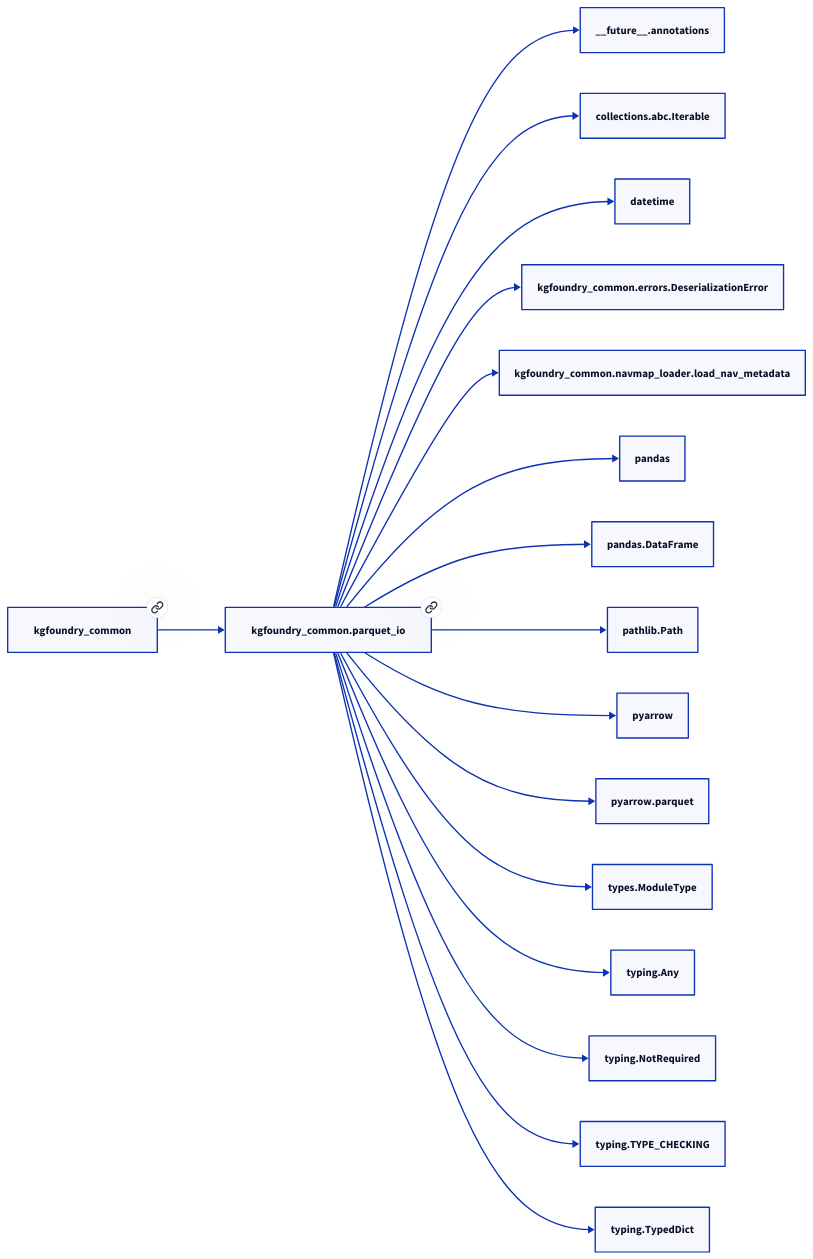
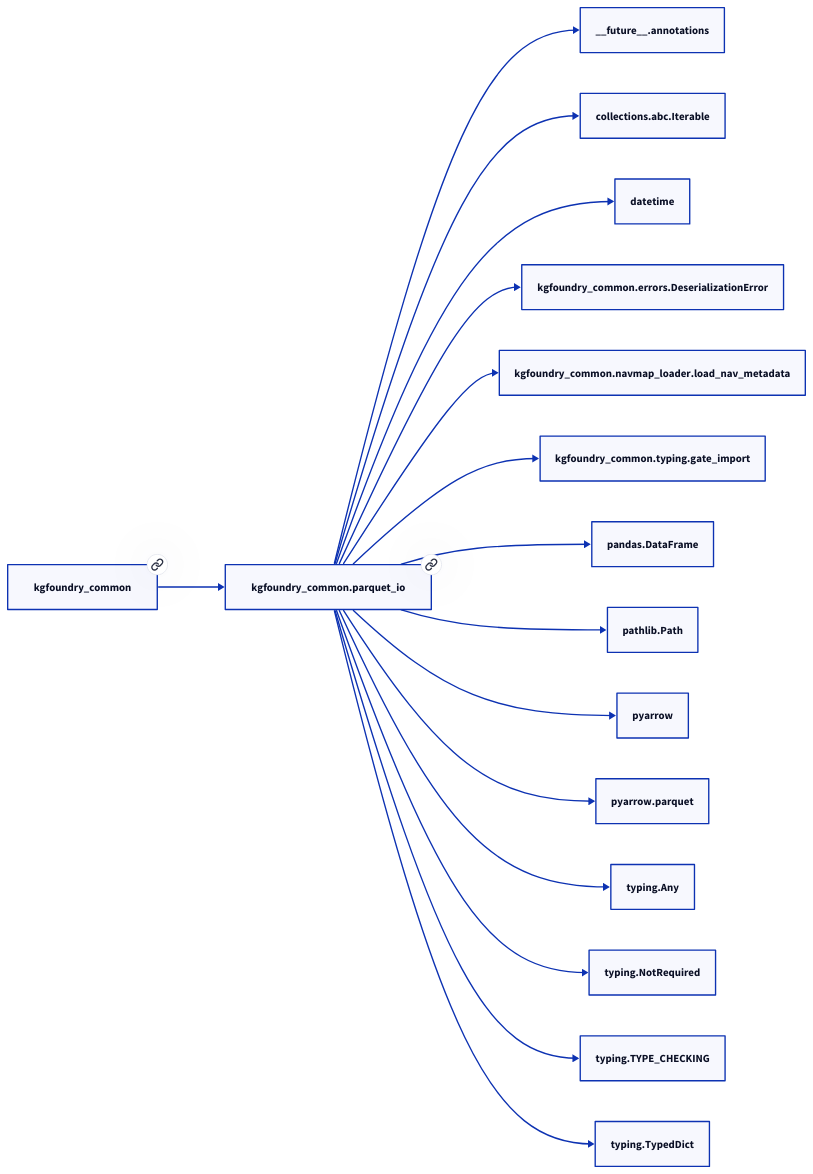
One commit to paul-heyse/kgforge changed the second of 2 diagrams in docs/modules/kgfoundry_common/parquet_io.md. Above: the diagram before and after it, drawn with D2. The commit also changed other lines of this file and 107 other files, not shown here.

````diff
--- a/docs/modules/kgfoundry_common/parquet_io.md
+++ b/docs/modules/kgfoundry_common/parquet_io.md
@@ -77,36 +77,34 @@
 ```d2
 direction: right
 "kgfoundry_common.parquet_io": "kgfoundry_common.parquet_io" { link: "https://github.com/paul-heyse/kgfoundry/blob/main/src/kgfoundry_common/parquet_io.py" }
 "__future__.annotations": "__future__.annotations"
 "kgfoundry_common.parquet_io" -> "__future__.annotations"
 "collections.abc.Iterable": "collections.abc.Iterable"
 "kgfoundry_common.parquet_io" -> "collections.abc.Iterable"
 "datetime": "datetime"
 "kgfoundry_common.parquet_io" -> "datetime"
 "kgfoundry_common.errors.DeserializationError": "kgfoundry_common.errors.DeserializationError"
 "kgfoundry_common.parquet_io" -> "kgfoundry_common.errors.DeserializationError"
 "kgfoundry_common.navmap_loader.load_nav_metadata": "kgfoundry_common.navmap_loader.load_nav_metadata"
 "kgfoundry_common.parquet_io" -> "kgfoundry_common.navmap_loader.load_nav_metadata"
-"pandas": "pandas"
-"kgfoundry_common.parquet_io" -> "pandas"
+"kgfoundry_common.typing.gate_import": "kgfoundry_common.typing.gate_import"
+"kgfoundry_common.parquet_io" -> "kgfoundry_common.typing.gate_import"
 "pandas.DataFrame": "pandas.DataFrame"
 "kgfoundry_common.parquet_io" -> "pandas.DataFrame"
 "pathlib.Path": "pathlib.Path"
 "kgfoundry_common.parquet_io" -> "pathlib.Path"
 "pyarrow": "pyarrow"
 "kgfoundry_common.parquet_io" -> "pyarrow"
 "pyarrow.parquet": "pyarrow.parquet"
 "kgfoundry_common.parquet_io" -> "pyarrow.parquet"
-"types.ModuleType": "types.ModuleType"
-"kgfoundry_common.parquet_io" -> "types.ModuleType"
 "typing.Any": "typing.Any"
 "kgfoundry_common.parquet_io" -> "typing.Any"
 "typing.NotRequired": "typing.NotRequired"
 "kgfoundry_common.parquet_io" -> "typing.NotRequired"
 "typing.TYPE_CHECKING": "typing.TYPE_CHECKING"
 "kgfoundry_common.parquet_io" -> "typing.TYPE_CHECKING"
 "typing.TypedDict": "typing.TypedDict"
 "kgfoundry_common.parquet_io" -> "typing.TypedDict"
 "kgfoundry_common": "kgfoundry_common" { link: "https://github.com/paul-heyse/kgfoundry/blob/main/src/kgfoundry_common/__init__.py" }
 "kgfoundry_common" -> "kgfoundry_common.parquet_io" { style: dashed }
 ```
````
